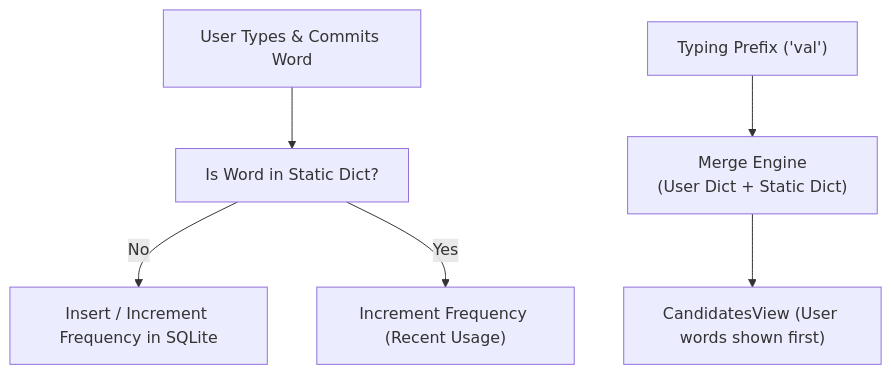
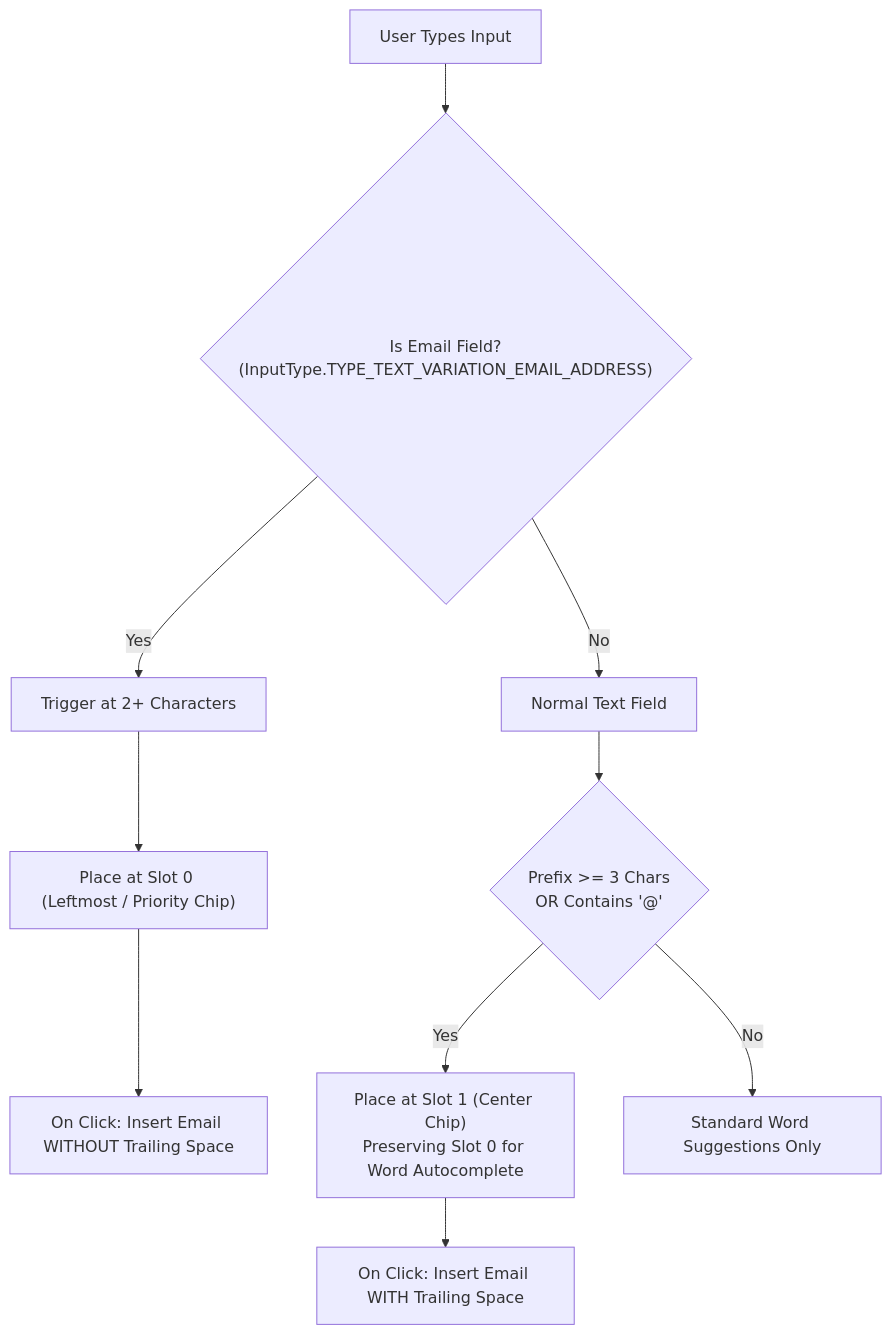
One commit to Nsohan/OsthirKeyboard changed the second of 3 diagrams in doc/DICTIONARY_AND_SUGGESTIONS_GUIDE.md. Above: the diagram before and after it, drawn with Mermaid. The commit also changed other lines of this file and 2 other files, not shown here.

Commit message:
feat: add user dictionary backup activity and architectural documentation

````diff
--- a/doc/DICTIONARY_AND_SUGGESTIONS_GUIDE.md
+++ b/doc/DICTIONARY_AND_SUGGESTIONS_GUIDE.md
@@ -50,9 +117,14 @@
 ```mermaid
 graph TD
-    Type["User Types & Commits Word"] --> Check["Is Word in Static Dict?"]
-    Check -- No --> Learn["Insert / Increment Frequency in SQLite"]
-    Check -- Yes --> Boost["Increment Frequency (Recent Usage)"]
+    Input["User Types Input"] --> IsEmailField{"Is Email Field?\n(InputType.TYPE_TEXT_VARIATION_EMAIL_ADDRESS)"}
     
-    Query["Typing Prefix ('val')"] --> Merge["Merge Engine\n(User Dict + Static Dict)"]
-    Merge --> CandidateBar["CandidatesView (User words shown first)"]
+    IsEmailField -- Yes --> TriggerEmailField["Trigger at 2+ Characters"]
+    TriggerEmailField --> Slot0["Place at Slot 0 (Leftmost / Priority Chip)"]
+    Slot0 --> InsertNoSpace["On Click: Insert Email WITHOUT Trailing Space"]
+    
+    IsEmailField -- No --> NormalField["Normal Text Field"]
+    NormalField --> TriggerNormal{"Prefix >= 3 Chars\nOR Contains '@'"}
+    TriggerNormal -- Yes --> Slot1["Place at Slot 1 (Center Chip)\nPreserving Slot 0 for Word Autocomplete"]
+    TriggerNormal -- No --> StandardWord["Standard Word Suggestions Only"]
+    Slot1 --> InsertWithSpace["On Click: Insert Email WITH Trailing Space"]
 ```
````
